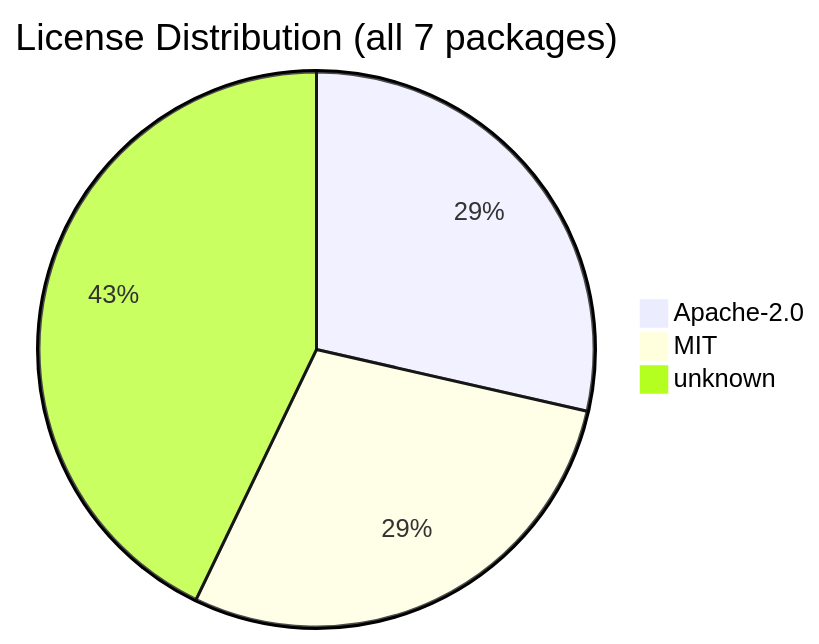
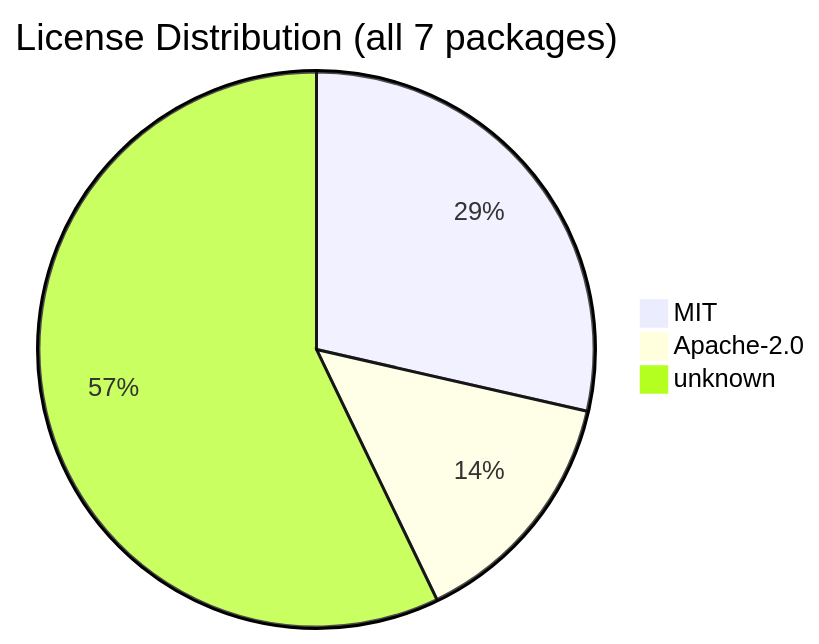
Before and after one commit to svenroth-ai/shipwright: the diagram in .shipwright/compliance/sbom.md, drawn with Mermaid. The commit also changed other lines of this file and 32 other files, not shown here.

````diff
--- a/.shipwright/compliance/sbom.md
+++ b/.shipwright/compliance/sbom.md
@@ -18,6 +18,6 @@
 ```mermaid
 pie title License Distribution (all 7 packages)
-    "Apache-2.0" : 2
     "MIT" : 2
-    "unknown" : 3
+    "Apache-2.0" : 1
+    "unknown" : 4
 ```
````
